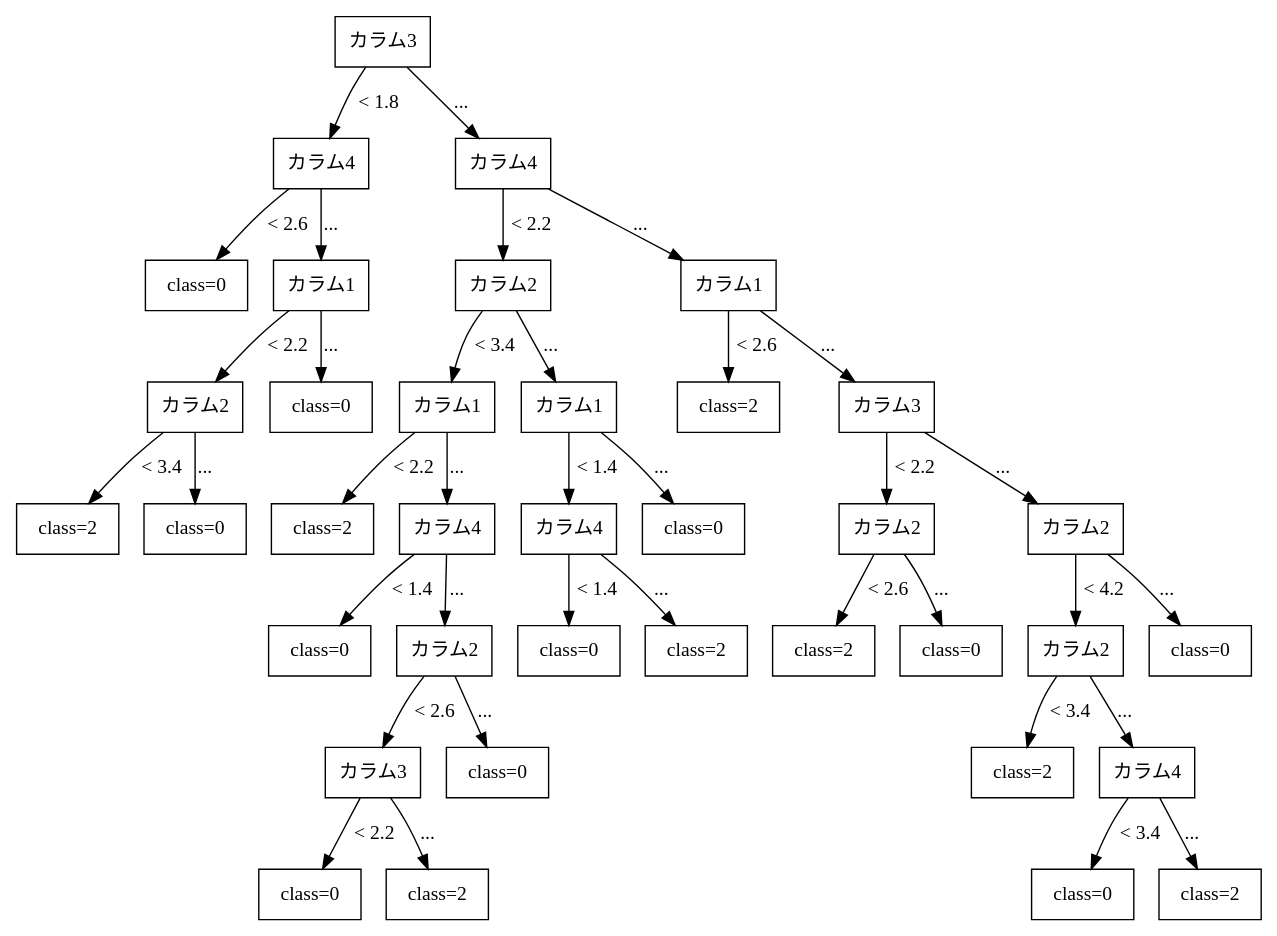
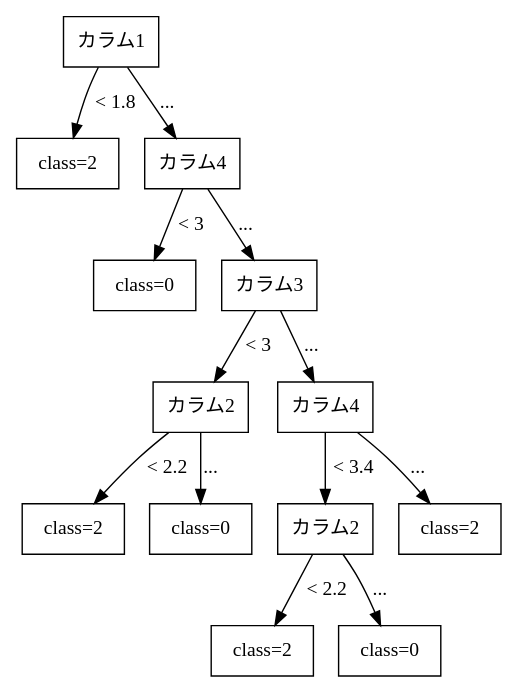
Before and after one commit to TakuyaMitarai/NSSESAT_Visualizer: the diagram in NSSESAT_backend/new_tree.dot, drawn with Graphviz. The commit also changed 6 other files, not shown here.

```diff
--- a/NSSESAT_backend/new_tree.dot
+++ b/NSSESAT_backend/new_tree.dot
@@ -1,92 +1,40 @@
 digraph G {
 node [shape=box];
 
-0 [label="カラム3"];
+0 [label="カラム1"];
 
-1 [label="カラム4"];
+1 [label="class=2"];
+2 [label="カラム4"];
+
+0 -> 1 [label="< 1.8"];
+0 -> 2 [label="..."];
+
+3 [label="class=0"];
+4 [label="カラム3"];
+
+2 -> 3 [label="< 3"];
+2 -> 4 [label="..."];
+
+5 [label="カラム2"];
 8 [label="カラム4"];
 
-0 -> 1 [label="< 1.8"];
-0 -> 8 [label="..."];
+4 -> 5 [label="< 3"];
+4 -> 8 [label="..."];
 
-2 [label="class=0"];
-3 [label="カラム1"];
+6 [label="class=2"];
+7 [label="class=0"];
 9 [label="カラム2"];
-24 [label="カラム1"];
+12 [label="class=2"];
 
-1 -> 2 [label="< 2.6"];
-1 -> 3 [label="..."];
-8 -> 9 [label="< 2.2"];
-8 -> 24 [label="..."];
+5 -> 6 [label="< 2.2"];
+5 -> 7 [label="..."];
+8 -> 9 [label="< 3.4"];
+8 -> 12 [label="..."];
 
-4 [label="カラム2"];
-7 [label="class=0"];
-10 [label="カラム1"];
-19 [label="カラム1"];
-25 [label="class=2"];
-26 [label="カラム3"];
+10 [label="class=2"];
+11 [label="class=0"];
 
-3 -> 4 [label="< 2.2"];
-3 -> 7 [label="..."];
-9 -> 10 [label="< 3.4"];
-9 -> 19 [label="..."];
-24 -> 25 [label="< 2.6"];
-24 -> 26 [label="..."];
-
-5 [label="class=2"];
-6 [label="class=0"];
-11 [label="class=2"];
-12 [label="カラム4"];
-20 [label="カラム4"];
-23 [label="class=0"];
-27 [label="カラム2"];
-30 [label="カラム2"];
-
-4 -> 5 [label="< 3.4"];
-4 -> 6 [label="..."];
-10 -> 11 [label="< 2.2"];
-10 -> 12 [label="..."];
-19 -> 20 [label="< 1.4"];
-19 -> 23 [label="..."];
-26 -> 27 [label="< 2.2"];
-26 -> 30 [label="..."];
-
-13 [label="class=0"];
-14 [label="カラム2"];
-21 [label="class=0"];
-22 [label="class=2"];
-28 [label="class=2"];
-29 [label="class=0"];
-31 [label="カラム2"];
-36 [label="class=0"];
-
-12 -> 13 [label="< 1.4"];
-12 -> 14 [label="..."];
-20 -> 21 [label="< 1.4"];
-20 -> 22 [label="..."];
-27 -> 28 [label="< 2.6"];
-27 -> 29 [label="..."];
-30 -> 31 [label="< 4.2"];
-30 -> 36 [label="..."];
-
-15 [label="カラム3"];
-18 [label="class=0"];
-32 [label="class=2"];
-33 [label="カラム4"];
-
-14 -> 15 [label="< 2.6"];
-14 -> 18 [label="..."];
-31 -> 32 [label="< 3.4"];
-31 -> 33 [label="..."];
-
-16 [label="class=0"];
-17 [label="class=2"];
-34 [label="class=0"];
-35 [label="class=2"];
-
-15 -> 16 [label="< 2.2"];
-15 -> 17 [label="..."];
-33 -> 34 [label="< 3.4"];
-33 -> 35 [label="..."];
+9 -> 10 [label="< 2.2"];
+9 -> 11 [label="..."];
 
 }
```
